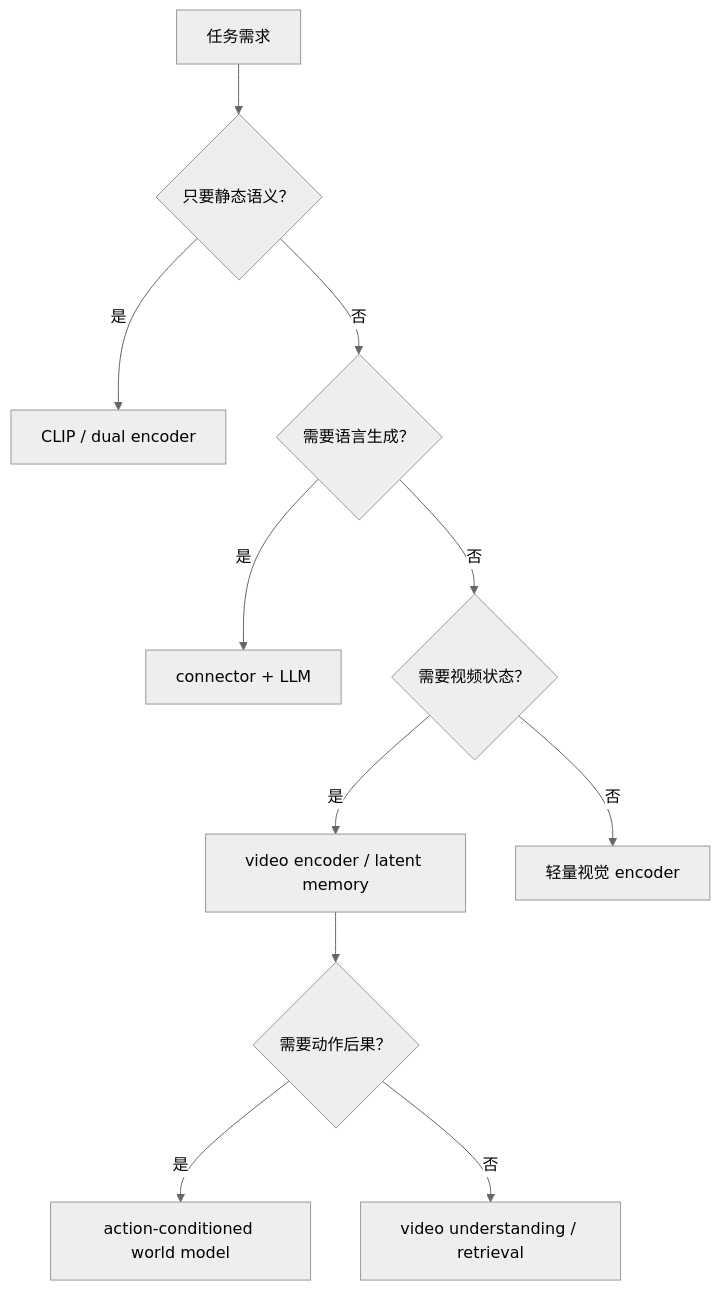
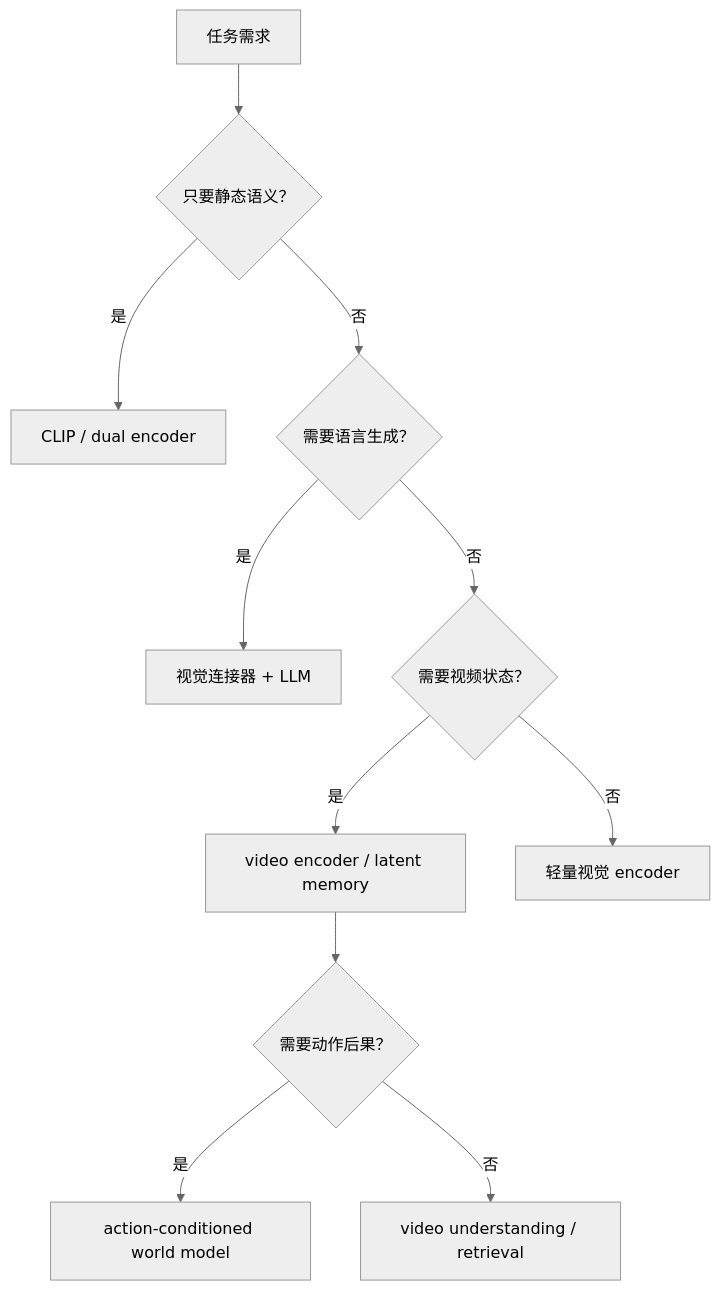
Before and after one commit to Charles2530/Charles-AI-notes: the diagram in files/vlm/architecture-and-training.md, drawn with Mermaid (neutral theme). The commit also changed other lines of this file and 82 other files, not shown here.

````diff
--- a/files/vlm/architecture-and-training.md
+++ b/files/vlm/architecture-and-training.md
@@ -107,13 +195,13 @@
 ```mermaid
 flowchart TD
     A["任务需求"] --> B{"只要静态语义？"}
     B -- "是" --> C["CLIP / dual encoder"]
     B -- "否" --> D{"需要语言生成？"}
-    D -- "是" --> E["connector + LLM"]
+    D -- "是" --> E["视觉连接器 + LLM"]
     D -- "否" --> F{"需要视频状态？"}
     F -- "是" --> G["video encoder / latent memory"]
     F -- "否" --> H["轻量视觉 encoder"]
     G --> I{"需要动作后果？"}
     I -- "是" --> J["action-conditioned world model"]
     I -- "否" --> K["video understanding / retrieval"]
 ```
````
